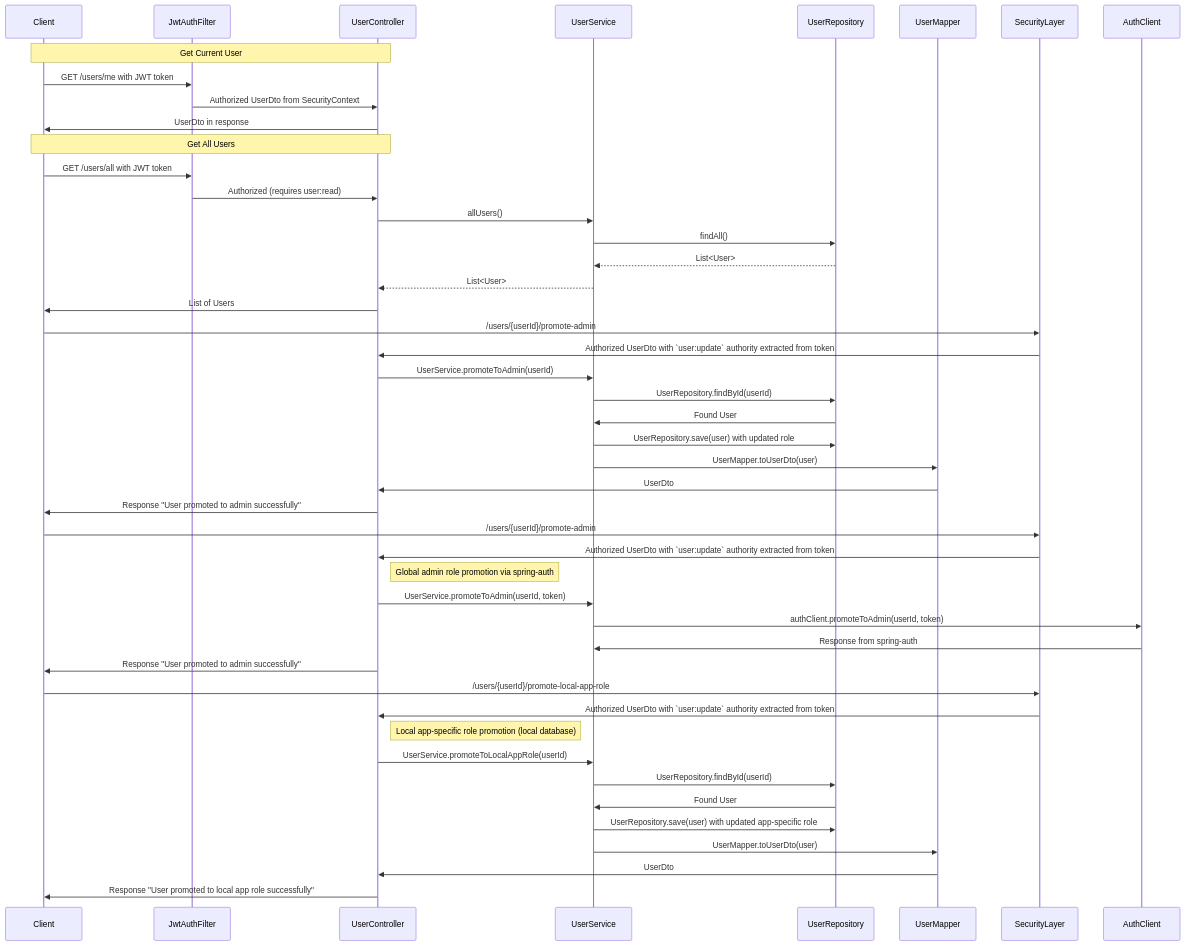
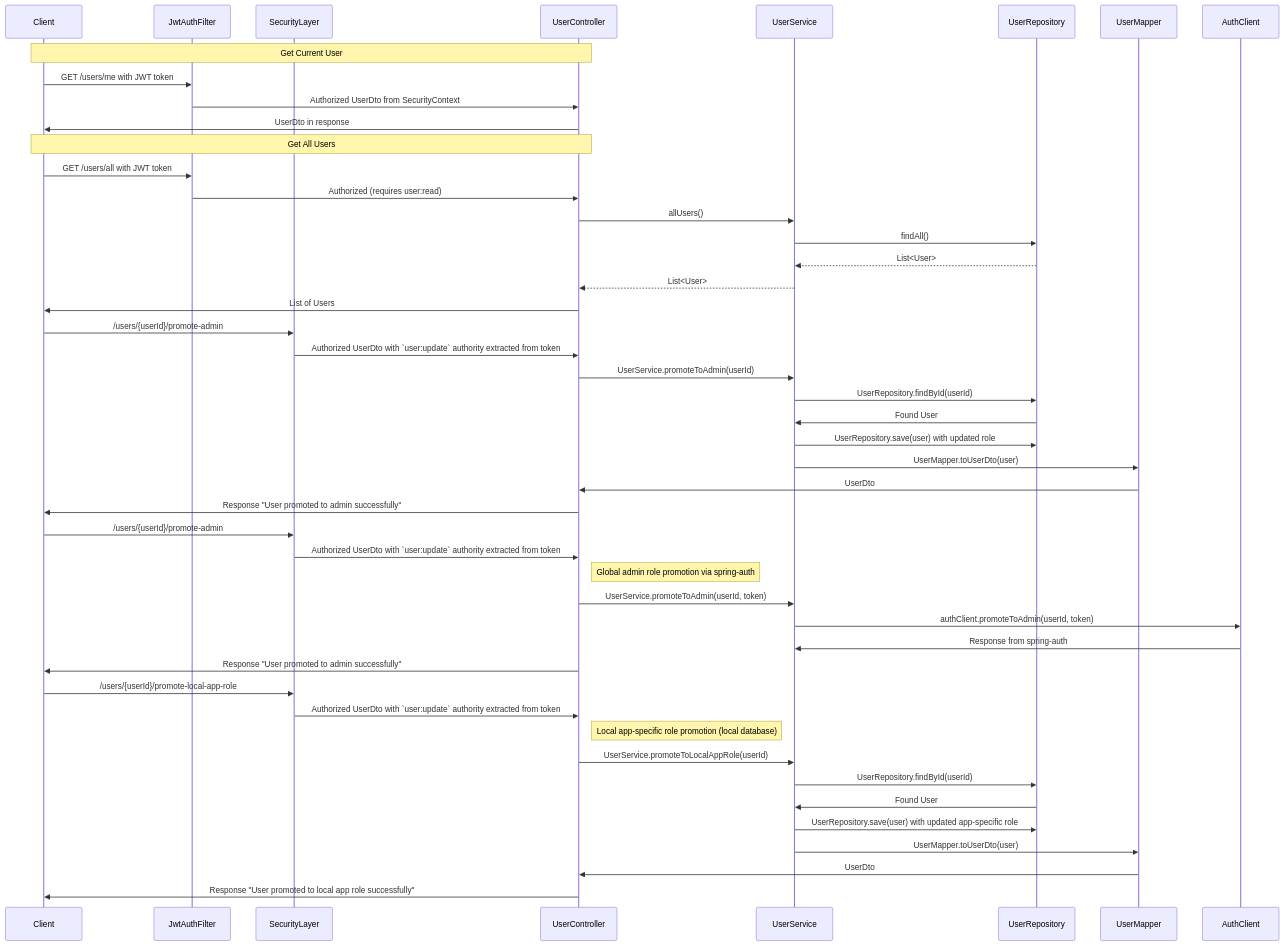
One commit to OrifInformatique/template_frontback changed the fifth of 6 diagrams in doc/process-documentation.md. Above: the diagram before and after it, drawn with Mermaid. The commit also changed other lines of this file, not shown here.

````diff
--- a/doc/process-documentation.md
+++ b/doc/process-documentation.md
@@ -282,51 +270,52 @@
 ```mermaid
 sequenceDiagram
     participant Client
     participant JwtAuthFilter
+    participant SecurityLayer
     participant UserController
     participant UserService
     participant UserRepository
     participant UserMapper
 
     Note over Client,UserController: Get Current User
     Client->>JwtAuthFilter: GET /users/me with JWT token
     JwtAuthFilter->>UserController: Authorized UserDto from SecurityContext
     UserController->>Client: UserDto in response
 
     Note over Client,UserController: Get All Users
     Client->>JwtAuthFilter: GET /users/all with JWT token
     JwtAuthFilter->>UserController: Authorized (requires user:read)
     UserController->>UserService: allUsers()
     UserService->>UserRepository: findAll()
     UserRepository-->>UserService: List<User>
     UserService-->>UserController: List<User>
     UserController->>Client: List of Users
 
     Client->>SecurityLayer: /users/{userId}/promote-admin
     SecurityLayer->>UserController: Authorized UserDto with `user:update` authority extracted from token
     UserController->>UserService: UserService.promoteToAdmin(userId)
     UserService->>UserRepository: UserRepository.findById(userId)
     UserRepository->>UserService: Found User
     UserService->>UserRepository: UserRepository.save(user) with updated role
     UserService->>UserMapper: UserMapper.toUserDto(user)
     UserMapper->>UserController: UserDto
     UserController->>Client: Response "User promoted to admin successfully"
     Client->>SecurityLayer: /users/{userId}/promote-admin
     SecurityLayer->>UserController: Authorized UserDto with `user:update` authority extracted from token
     note right of UserController: Global admin role promotion via spring-auth
     UserController->>UserService: UserService.promoteToAdmin(userId, token)
     UserService->>AuthClient: authClient.promoteToAdmin(userId, token)
     AuthClient->>UserService: Response from spring-auth
     UserController->>Client: Response "User promoted to admin successfully"
 
     Client->>SecurityLayer: /users/{userId}/promote-local-app-role
     SecurityLayer->>UserController: Authorized UserDto with `user:update` authority extracted from token
     note right of UserController: Local app-specific role promotion (local database)
     UserController->>UserService: UserService.promoteToLocalAppRole(userId)
     UserService->>UserRepository: UserRepository.findById(userId)
     UserRepository->>UserService: Found User
     UserService->>UserRepository: UserRepository.save(user) with updated app-specific role
     UserService->>UserMapper: UserMapper.toUserDto(user)
     UserMapper->>UserController: UserDto
     UserController->>Client: Response "User promoted to local app role successfully"
 ```
````
